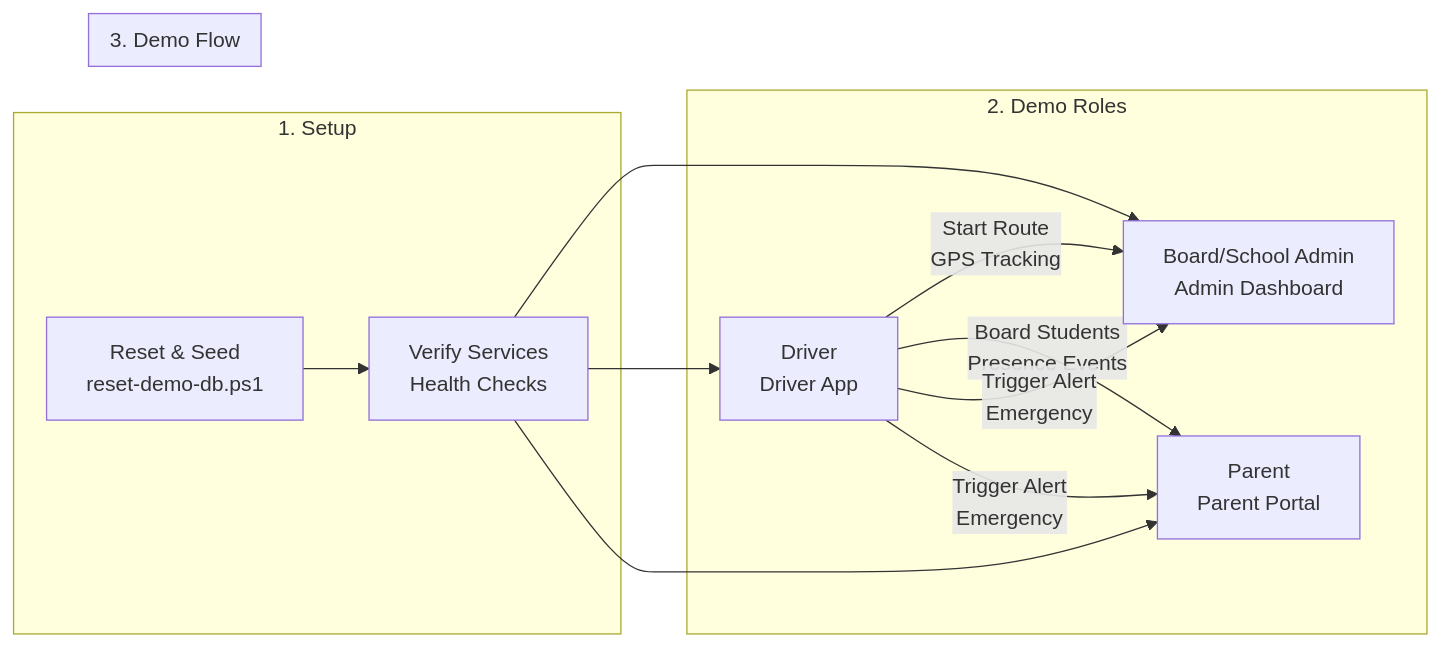
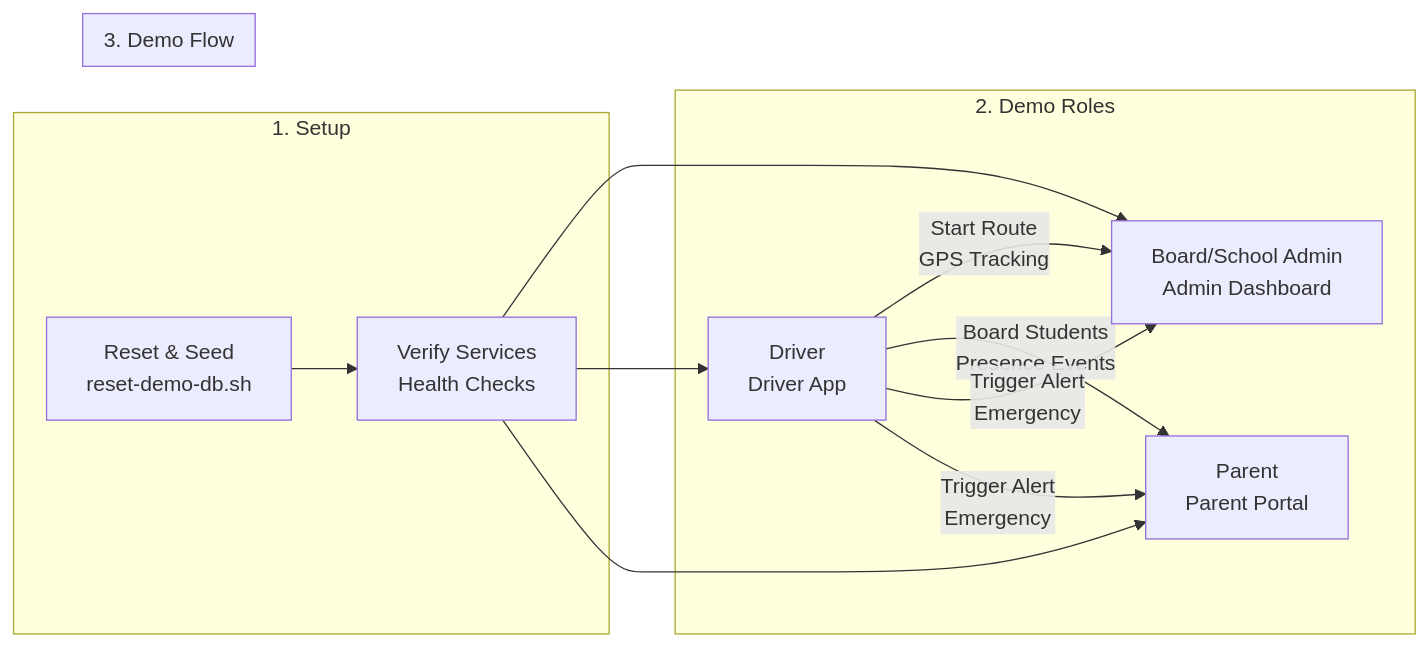
The first of 4 diagrams in docs/Demo/DEMO_SETUP_GUIDE.md (arvinddhasmana/SBTM), drawn with Mermaid before and after one commit. The commit also changed other lines of this file and 18 other files, not shown here.

````diff
--- a/docs/Demo/DEMO_SETUP_GUIDE.md
+++ b/docs/Demo/DEMO_SETUP_GUIDE.md
@@ -27,18 +27,18 @@
 ```mermaid
 graph LR
     subgraph "1. Setup"
-        RESET[Reset & Seed<br/>reset-demo-db.ps1] --> VERIFY[Verify Services<br/>Health Checks]
+        RESET[Reset & Seed<br/>reset-demo-db.sh] --> VERIFY[Verify Services<br/>Health Checks]
     end
     subgraph "2. Demo Roles"
         ADMIN[Board/School Admin<br/>Admin Dashboard] 
         DRIVER[Driver<br/>Driver App]
         PARENT[Parent<br/>Parent Portal]
     end
     subgraph "3. Demo Flow"
         DRIVER -->|Start Route<br/>GPS Tracking| ADMIN
         DRIVER -->|Board Students<br/>Presence Events| PARENT
         DRIVER -->|Trigger Alert<br/>Emergency| ADMIN
         DRIVER -->|Trigger Alert<br/>Emergency| PARENT
     end
     VERIFY --> ADMIN & DRIVER & PARENT
 ```
````
